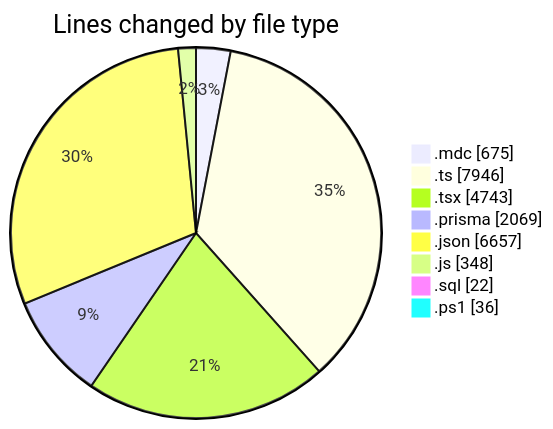
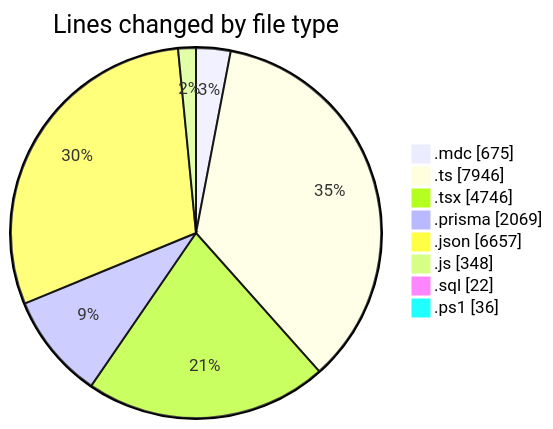
Before and after one commit to CELIANVF/code-tracking: the first of 2 diagrams in 2025-06-05/ecodeli-1/README.md, drawn with Mermaid. The commit also changed other lines of this file and 1 other file, not shown here.

````diff
--- a/2025-06-05/ecodeli-1/README.md
+++ b/2025-06-05/ecodeli-1/README.md
@@ -66,12 +67,12 @@
 ```mermaid
 pie showData
 title Lines changed by file type
 ".mdc" : 675
 ".ts" : 7946
-".tsx" : 4743
+".tsx" : 4746
 ".prisma" : 2069
 ".json" : 6657
 ".js" : 348
 ".sql" : 22
 ".ps1" : 36
 ```
````
